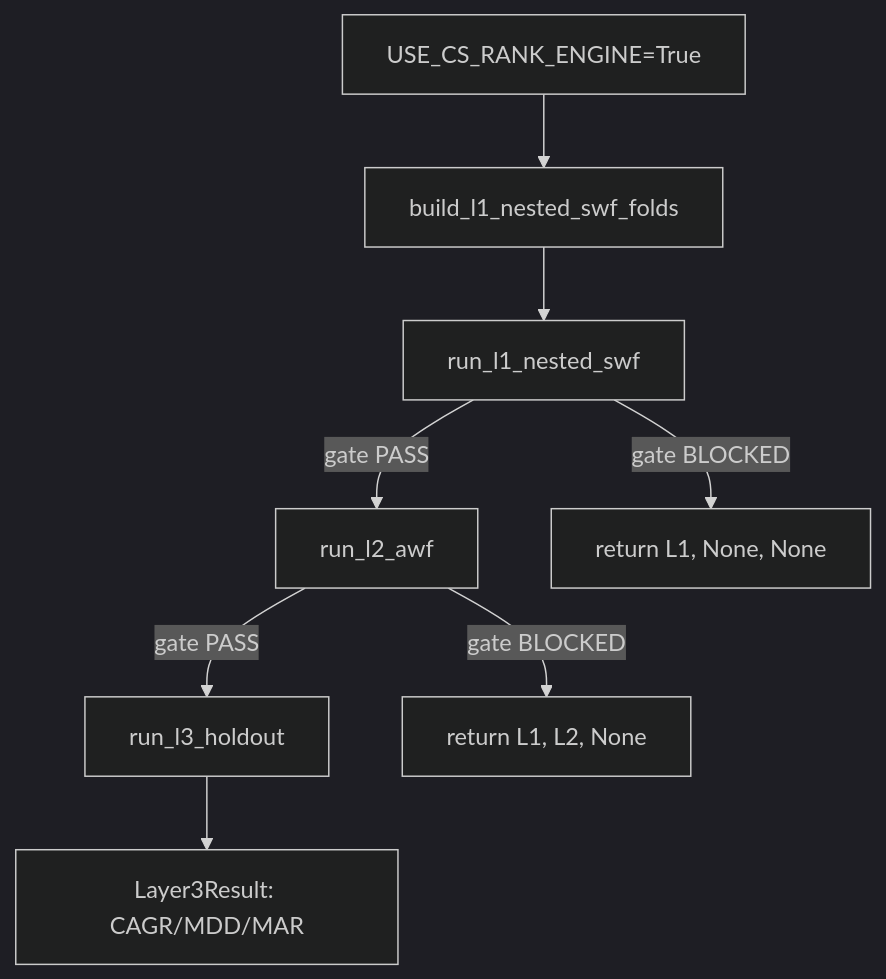
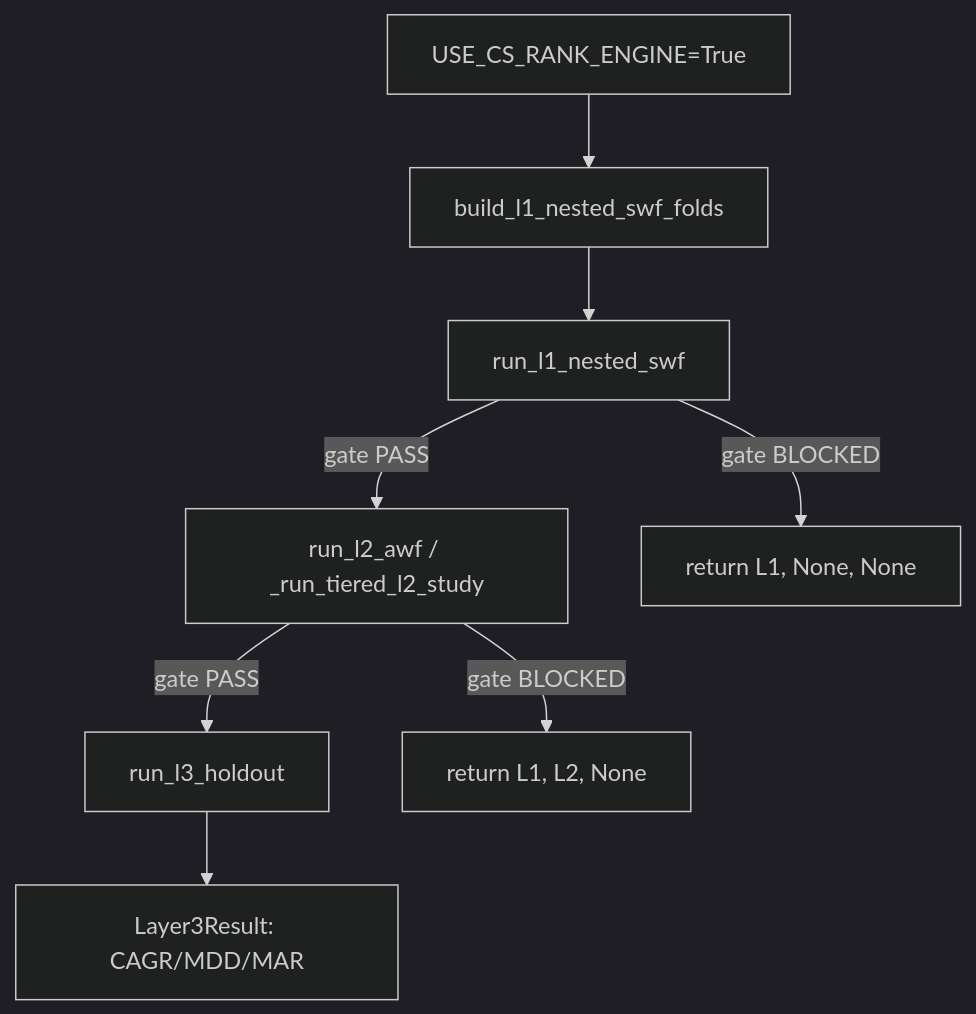
The second of 2 diagrams in docs/architecture/layer2.md (KTHYEONG/crypto-pilot), drawn with Mermaid (dark theme) before and after one commit. The commit also changed other lines of this file and 2 other files, not shown here.

````diff
--- a/docs/architecture/layer2.md
+++ b/docs/architecture/layer2.md
@@ -218,10 +225,10 @@
 ```mermaid
 graph TD
     A[USE_CS_RANK_ENGINE=True] --> B[build_l1_nested_swf_folds]
     B --> C[run_l1_nested_swf]
-    C -->|gate PASS| D[run_l2_awf]
+    C -->|gate PASS| D[run_l2_awf / _run_tiered_l2_study]
     C -->|gate BLOCKED| Z[return L1, None, None]
     D -->|gate PASS| E[run_l3_holdout]
     D -->|gate BLOCKED| Y[return L1, L2, None]
     E --> F[Layer3Result: CAGR/MDD/MAR]
 ```
````
